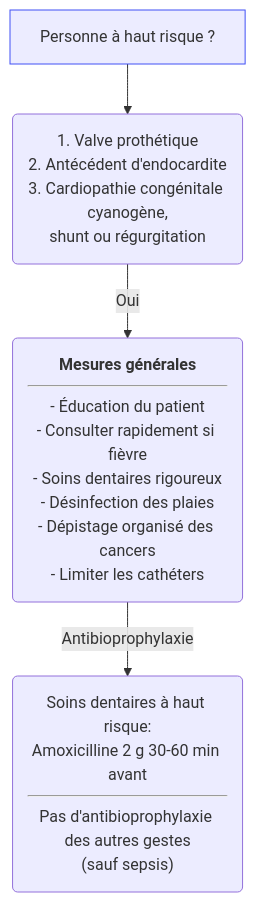
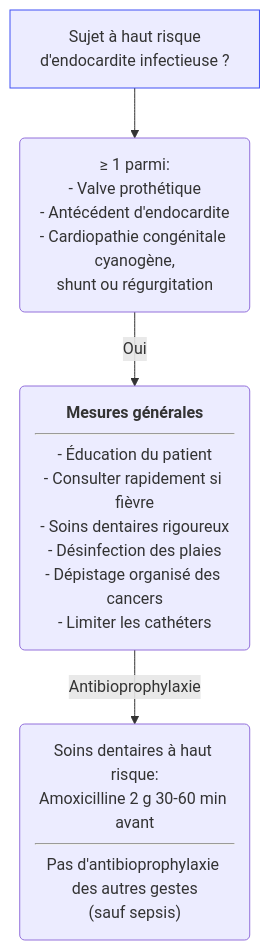
The diagram in content/recommandations/endocardite.md (djibe/recommandations-medicales), drawn with Mermaid before and after one commit. The commit also changed 31 other files, not shown here.

Commit message:
Upgrade Mermaid and fix error

```diff
--- a/content/recommandations/endocardite.md
+++ b/content/recommandations/endocardite.md
@@ -145,8 +145,9 @@
 {{< mermaid title="Recommandations pour la prise en charge des personnes à haut risque d'endocardite infectieuse. Dr JB Fron d'après ESC 2015" >}}
 graph TB
-  fdr[Personne à haut risque ?]
+accTitle: Recommandations pour la prise en charge des personnes à haut risque d'endocardite infectieuse d'après ESC 2015
+  fdr[Sujet à haut risque<br>d'endocardite infectieuse ?]
   style fdr stroke:#4150f5, stroke-width:1px
-  fdr --> liste("1. Valve prothétique<br>2. Antécédent d'endocardite<br>3. Cardiopathie congénitale cyanogène,<br>shunt ou régurgitation")
+  fdr --> liste("≥ 1 parmi:<br>- Valve prothétique<br>- Antécédent d'endocardite<br>- Cardiopathie congénitale cyanogène,<br>shunt ou régurgitation")
     liste -- Oui --> mesures("<b>Mesures générales</b><hr>- Éducation du patient<br>- Consulter rapidement si fièvre<br>- Soins dentaires rigoureux<br>- Désinfection des plaies<br>- Dépistage organisé des cancers<br>- Limiter les cathéters")
       mesures -- Antibioprophylaxie --> antibioprophylaxie("Soins dentaires à haut risque:<br>Amoxicilline 2 g 30-60 min avant<hr>Pas d'antibioprophylaxie des autres gestes<br>(sauf sepsis)")
 {{< /mermaid >}}
```
